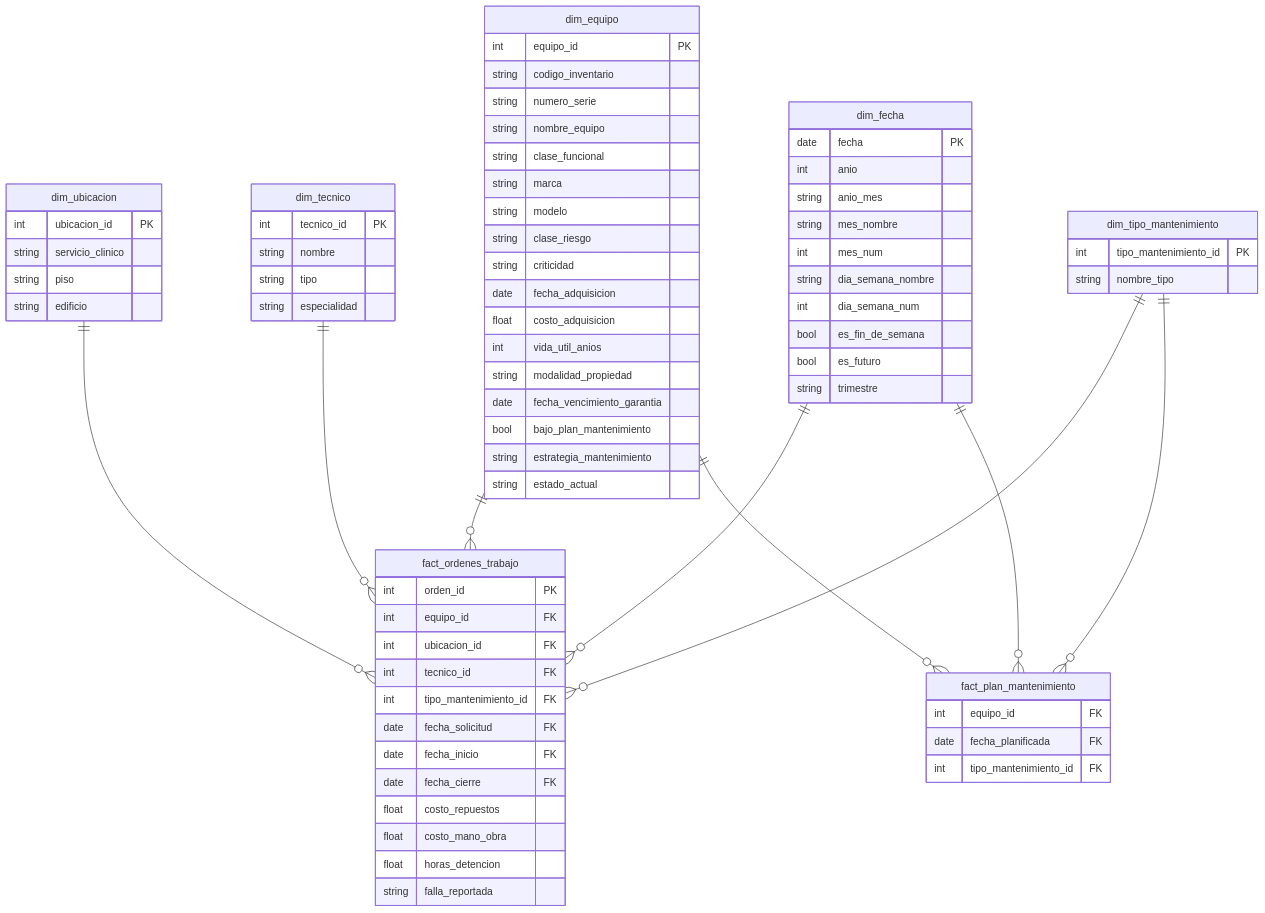
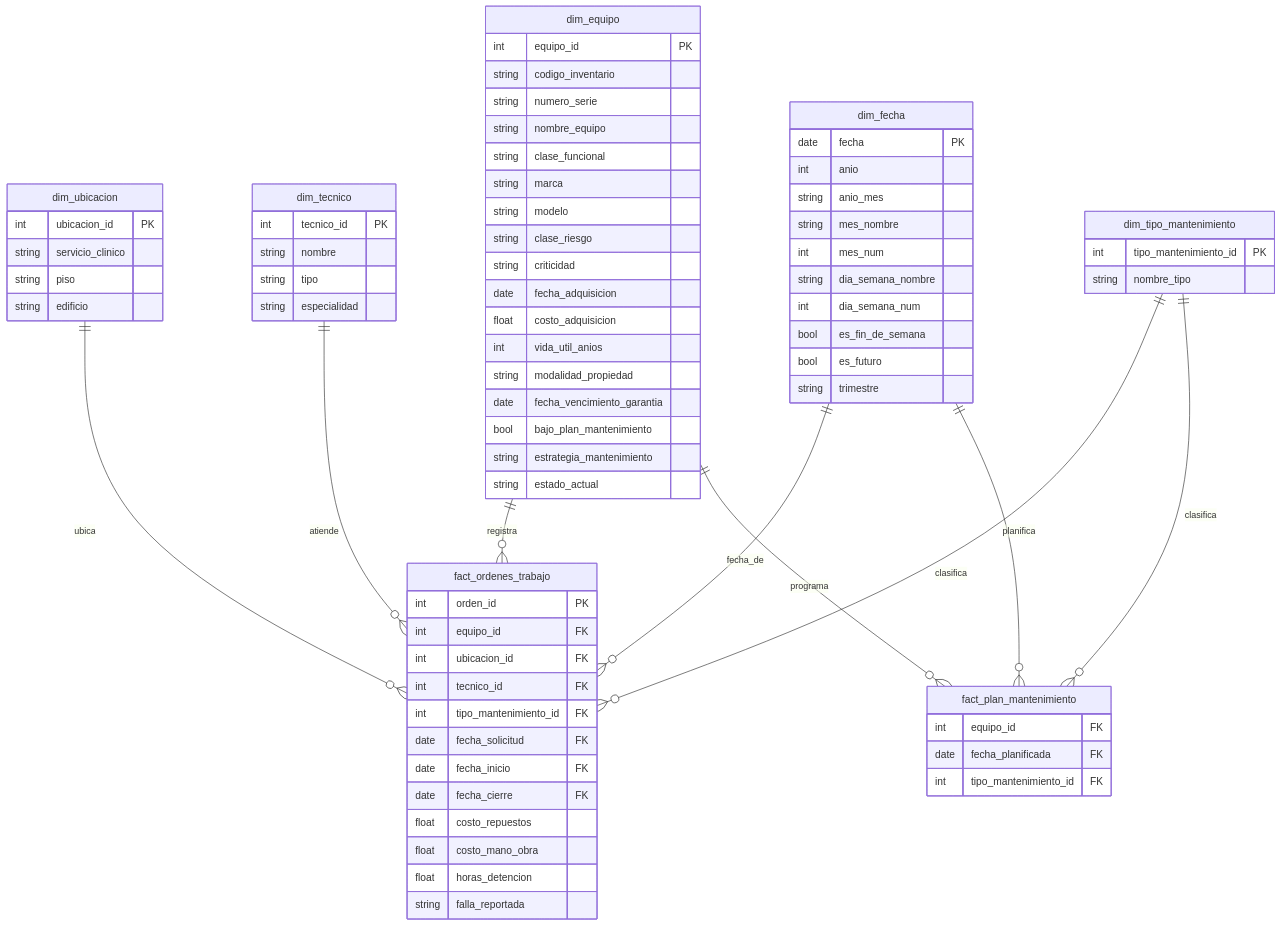
The diagram in README.md (wawa1806/hospital-equipment-dashboard), drawn with Mermaid before and after one commit.

Commit message:
README: Fix Diagram

````diff
--- a/README.md
+++ b/README.md
@@ -94,13 +94,13 @@
 ```mermaid
 erDiagram
-    dim_equipo||--o{ fact_ordenes_trabajo :  ""
-    dim_ubicacion||--o{ fact_ordenes_trabajo : ""
-    dim_tecnico||--o{ fact_ordenes_trabajo : ""
-    dim_tipo_mantenimiento||--o{ fact_ordenes_trabajo : ""
-    dim_fecha||--o{ fact_ordenes_trabajo : ""
-    dim_fecha||--o{ fact_plan_mantenimiento : ""
-    dim_equipo||--o{ fact_plan_mantenimiento : ""
-    dim_tipo_mantenimiento||--o{ fact_plan_mantenimiento : ""
+    dim_equipo||--o{ fact_ordenes_trabajo :  registra
+    dim_ubicacion||--o{ fact_ordenes_trabajo : ubica
+    dim_tecnico||--o{ fact_ordenes_trabajo : atiende
+    dim_tipo_mantenimiento||--o{ fact_ordenes_trabajo : clasifica
+    dim_fecha||--o{ fact_ordenes_trabajo : fecha_de
+    dim_fecha||--o{ fact_plan_mantenimiento : planifica
+    dim_equipo||--o{ fact_plan_mantenimiento : programa
+    dim_tipo_mantenimiento||--o{ fact_plan_mantenimiento : clasifica
 
     
     fact_ordenes_trabajo{
````
